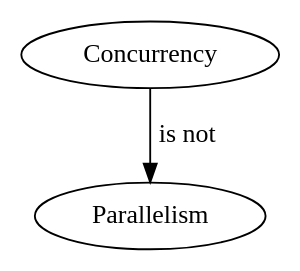
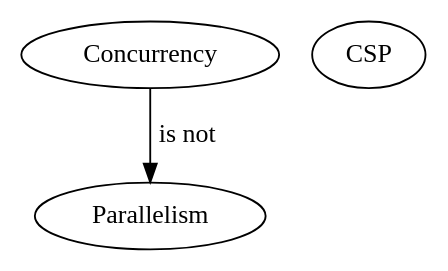
One commit to miku/cignotes changed the diagram in mch2.dot. Above: the diagram before and after it, drawn with Graphviz. The commit also changed 3 other files, not shown here.

```diff
--- a/mch2.dot
+++ b/mch2.dot
@@ -1,7 +1,8 @@
 digraph mch2 {
     "concurrency" [label="Concurrency"];
     "parallelism" [label="Parallelism"];
+    "csp" [label="CSP"];
 
     "concurrency" -> "parallelism" [label="is not" shape="dashed"];
 
 }
```
